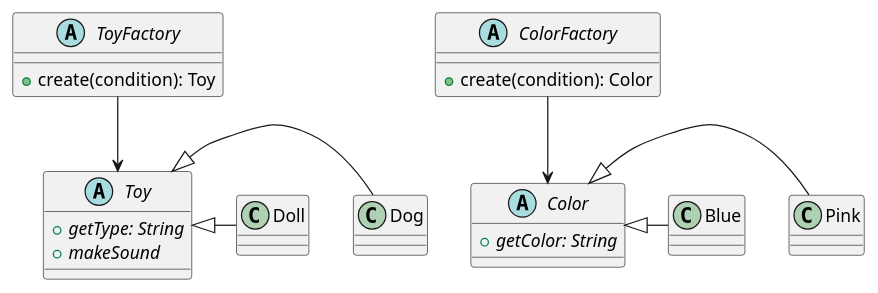
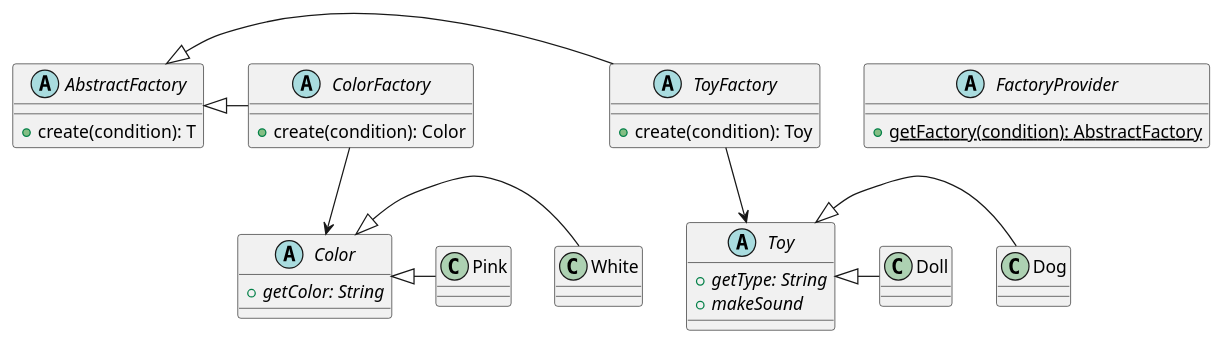
Before and after one commit to paguerre3/creational-patterns: the diagram in cp-samples/src/cp/samples/factories/abstract_factory/_abstract-factory-diagram.iuml, drawn with PlantUML.

Commit message:
abstract factory impl

```diff
--- a/cp-samples/src/cp/samples/factories/abstract_factory/_abstract-factory-diagram.iuml
+++ b/cp-samples/src/cp/samples/factories/abstract_factory/_abstract-factory-diagram.iuml
@@ -1,34 +1,45 @@
 @startuml
 abstract class ToyFactory {
  +create(condition): Toy
 }
 
 abstract class Toy
 {
  +{abstract} getType: String
  +{abstract} makeSound
 }
 
 class Dog
 class Doll
 
 ToyFactory --> Toy
 Toy <|– Dog
 Toy <|– Doll
 
 abstract class ColorFactory {
  +create(condition): Color
 }
 
 abstract class Color
 {
  +{abstract} getColor: String
 }
 
 class Pink
-class Blue
+class White
 
 ColorFactory --> Color
 Color <|– Pink
-Color <|– Blue
+Color <|– White
+
+abstract class FactoryProvider {
+ +{static} getFactory(condition): AbstractFactory
+}
+
+abstract class AbstractFactory {
+ +create(condition): T
+}
+
+AbstractFactory <|– ToyFactory
+AbstractFactory <|– ColorFactory
 @enduml
```
